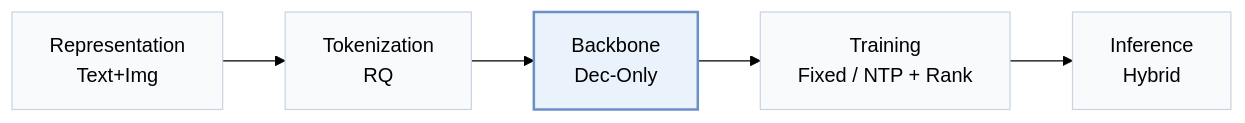
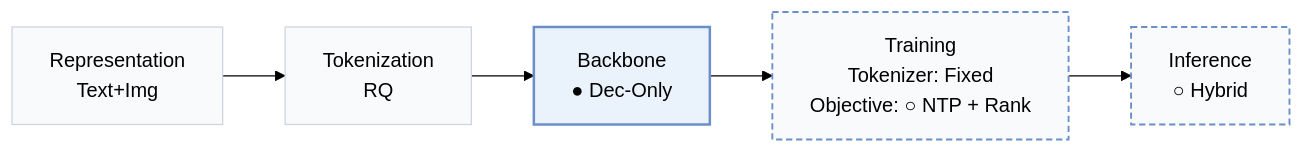
One commit to Galaxy-ghost/Awesome-SID-Generative-Rec changed the first of 2 diagrams in pages/papers/recochain.md. Above: the diagram before and after it, drawn with Mermaid (forest theme). The commit also changed other lines of this file and 558 other files, not shown here.

````diff
--- a/pages/papers/recochain.md
+++ b/pages/papers/recochain.md
@@ -15,8 +18,10 @@
 ```mermaid
 flowchart LR
-    R["Representation<br/>Text+Img"] --> T["Tokenization<br/>RQ"] --> B["Backbone<br/>Dec-Only"] --> TR["Training<br/>Fixed / NTP + Rank"] --> I["Inference<br/>Hybrid"]
+    R["Representation<br/>Text+Img"] --> T["Tokenization<br/>RQ"] --> B["Backbone<br/>● Dec-Only"] --> TR["Training<br/>Tokenizer: Fixed<br/>Objective: ○ NTP + Rank"] --> I["Inference<br/>○ Hybrid"]
     classDef base fill:#f8fafc,stroke:#cbd5e1
     class R,T,B,TR,I base
+    classDef other fill:#f8fafc,stroke:#6b8fc7,stroke-width:1.5px,stroke-dasharray:5 3
+    class TR,I other
     classDef main fill:#eaf2fb,stroke:#6b8fc7,stroke-width:2px
     class B main
 ```
````
